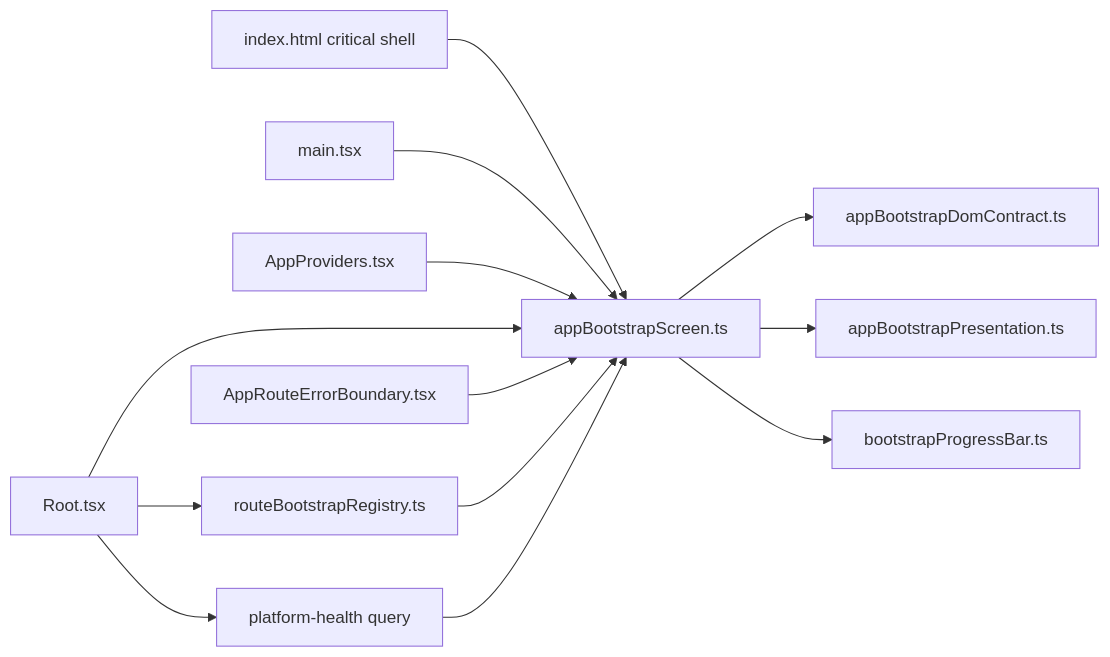
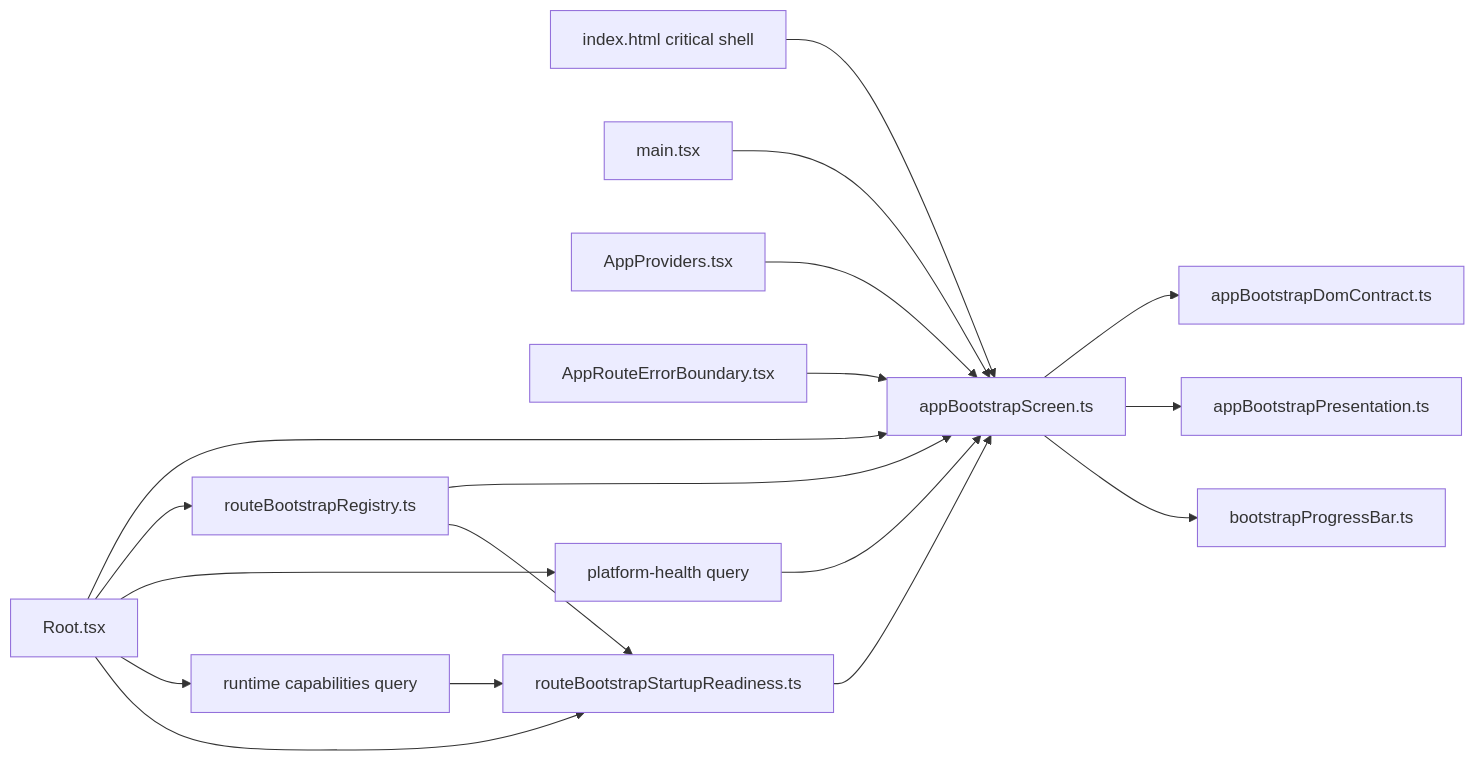
One commit to dunay2/dvt changed the third of 3 diagrams in docs/architecture/components/web/app-bootstrap-screen-component.md. Above: the diagram before and after it, drawn with Mermaid. The commit also changed other lines of this file and 20 other files, not shown here.

Commit message:
fix(web): Harden startup route readiness

````diff
--- a/docs/architecture/components/web/app-bootstrap-screen-component.md
+++ b/docs/architecture/components/web/app-bootstrap-screen-component.md
@@ -140,15 +162,20 @@
 ```mermaid
 flowchart LR
   Html["index.html critical shell"] --> Bootstrap["appBootstrapScreen.ts"]
   Main["main.tsx"] --> Bootstrap
   Providers["AppProviders.tsx"] --> Bootstrap
   Root["Root.tsx"] --> Bootstrap
   RouteErrors["AppRouteErrorBoundary.tsx"] --> Bootstrap
   Bootstrap --> DomContract["appBootstrapDomContract.ts"]
   Bootstrap --> Presentation["appBootstrapPresentation.ts"]
   Root --> RouteBootstrap["routeBootstrapRegistry.ts"]
   Root --> Health["platform-health query"]
+  Root --> Capabilities["runtime capabilities query"]
+  Root --> RouteReadiness["routeBootstrapStartupReadiness.ts"]
   RouteBootstrap --> Bootstrap
+  Capabilities --> RouteReadiness
+  RouteBootstrap --> RouteReadiness
+  RouteReadiness --> Bootstrap
   Health --> Bootstrap
   Bootstrap --> Progress["bootstrapProgressBar.ts"]
 ```
````
